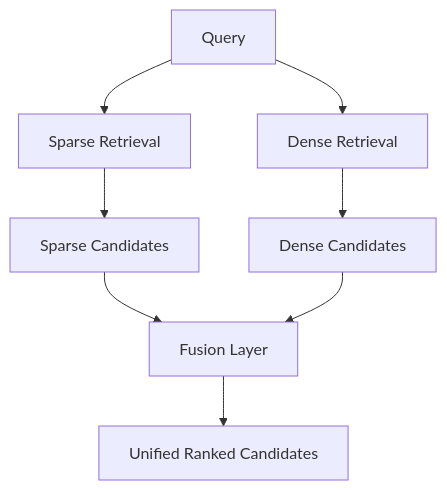
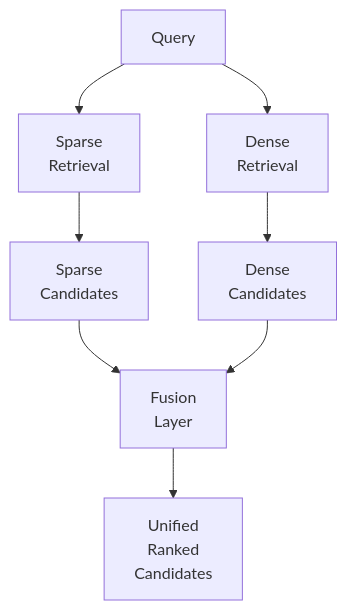
The fourth of 14 diagrams in docs/architecture-insights/genai-and-rag/3.4_engineering_hybrid_retrieval_sparse_dense.md (MihirKJha/enterprise-ai-blog), drawn with Mermaid before and after one commit. The commit also changed other lines of this file, not shown here.

First line of the commit message:
Updated 3.5_architecting_multi_stage_retrieval_from_recall_to_precision.md

````diff
--- a/docs/architecture-insights/genai-and-rag/3.4_engineering_hybrid_retrieval_sparse_dense.md
+++ b/docs/architecture-insights/genai-and-rag/3.4_engineering_hybrid_retrieval_sparse_dense.md
@@ -139,10 +139,10 @@
 ```mermaid
 graph TD
-    Q[Query] --> S[Sparse Retrieval]
-    Q --> D[Dense Retrieval]
-    S --> A[Sparse Candidates]
-    D --> B[Dense Candidates]
-    A --> F[Fusion Layer]
+    Q[Query] --> S[Sparse<br/>Retrieval]
+    Q --> D[Dense<br/>Retrieval]
+    S --> A[Sparse<br/>Candidates]
+    D --> B[Dense<br/>Candidates]
+    A --> F[Fusion<br/>Layer]
     B --> F
-    F --> R[Unified Ranked Candidates]
+    F --> R[Unified<br/>Ranked<br/>Candidates]
 ```
````
